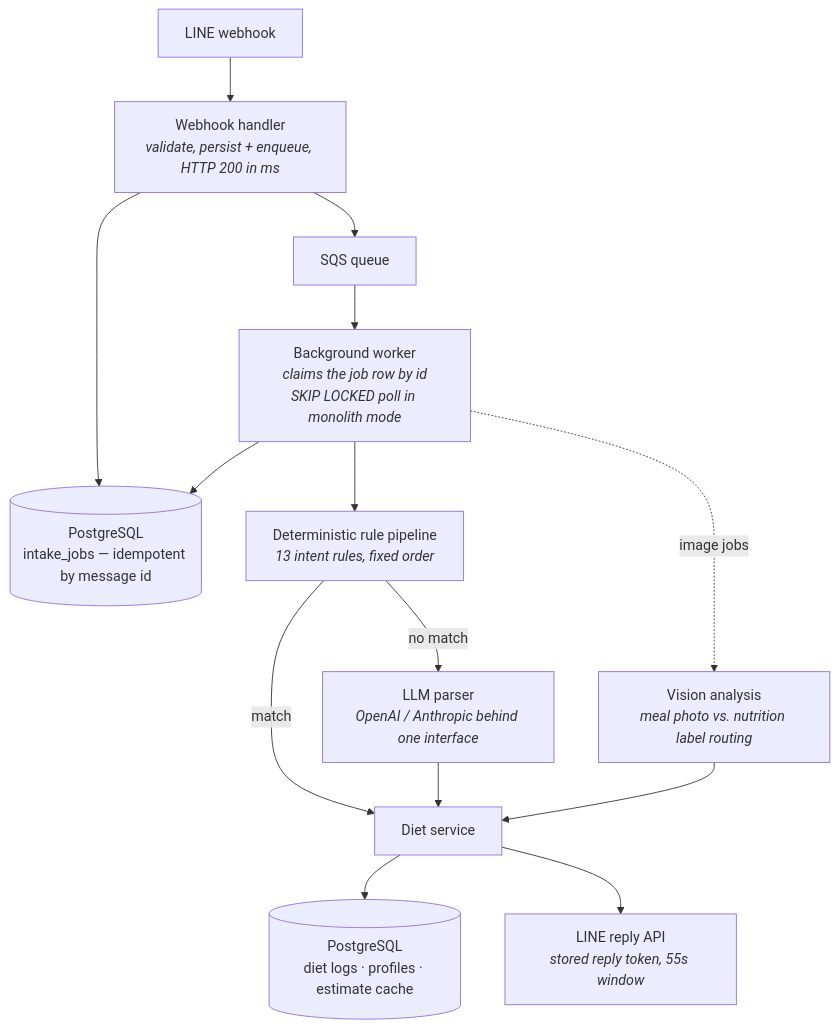
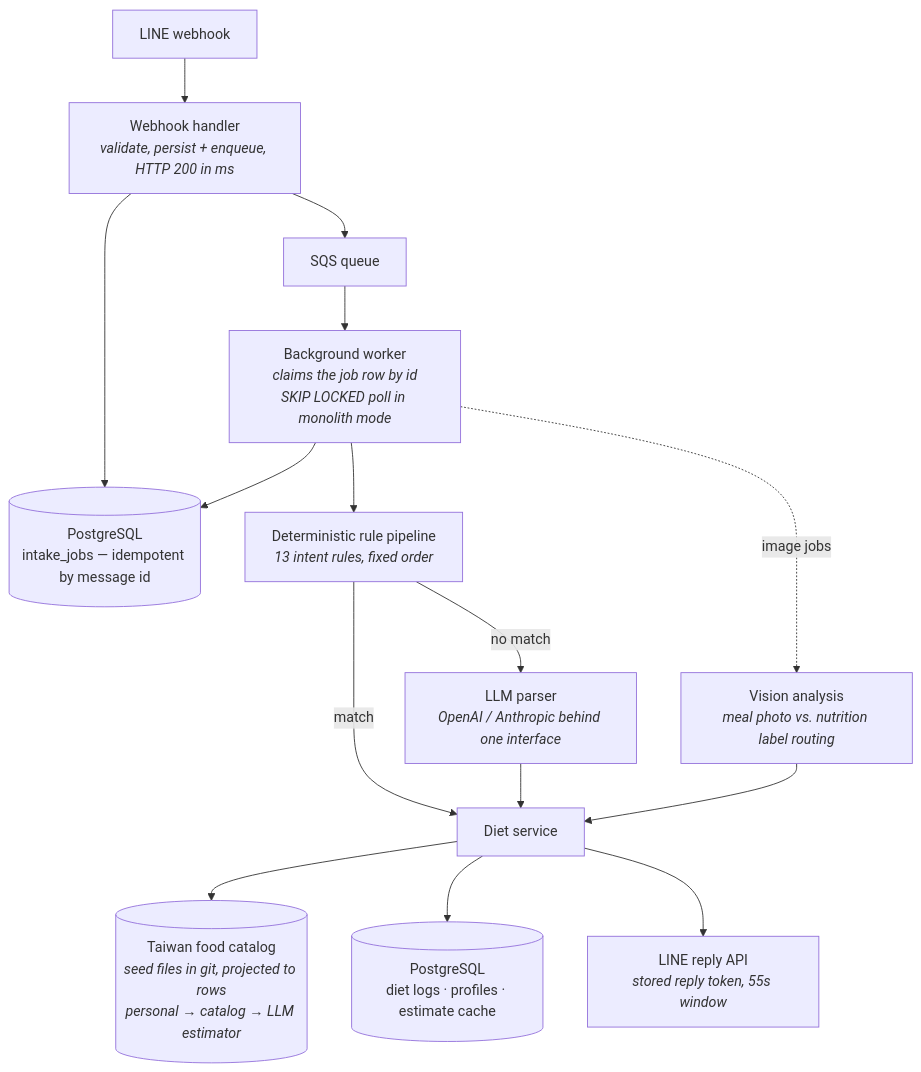
One commit to jeffery12697/fitneko-case-study changed the diagram in README.md. Above: the diagram before and after it, drawn with Mermaid. The commit also changed other lines of this file and 2 other files, not shown here.

Commit message:
Devlog: phase 20b Taiwan food catalog

````diff
--- a/README.md
+++ b/README.md
@@ -25,16 +26,17 @@
 ```mermaid
 flowchart TD
     LINE[LINE webhook] --> WH[Webhook handler<br/><i>validate, persist + enqueue, HTTP 200 in ms</i>]
     WH --> DB[(PostgreSQL<br/>intake_jobs — idempotent by message id)]
     WH --> Q[SQS queue]
     Q --> W[Background worker<br/><i>claims the job row by id<br/>SKIP LOCKED poll in monolith mode</i>]
     W --> DB
     W --> RP[Deterministic rule pipeline<br/><i>13 intent rules, fixed order</i>]
     RP -->|no match| LLM[LLM parser<br/><i>OpenAI / Anthropic behind one interface</i>]
     RP -->|match| SVC[Diet service]
     LLM --> SVC
+    SVC --> CAT[(Taiwan food catalog<br/><i>seed files in git, projected to rows<br/>personal → catalog → LLM estimator</i>)]
     SVC --> PG[(PostgreSQL<br/>diet logs · profiles · estimate cache)]
     SVC --> REPLY[LINE reply API<br/><i>stored reply token, 55s window</i>]
     W -.->|image jobs| VIS[Vision analysis<br/><i>meal photo vs. nutrition label routing</i>]
     VIS --> SVC
 ```
````
